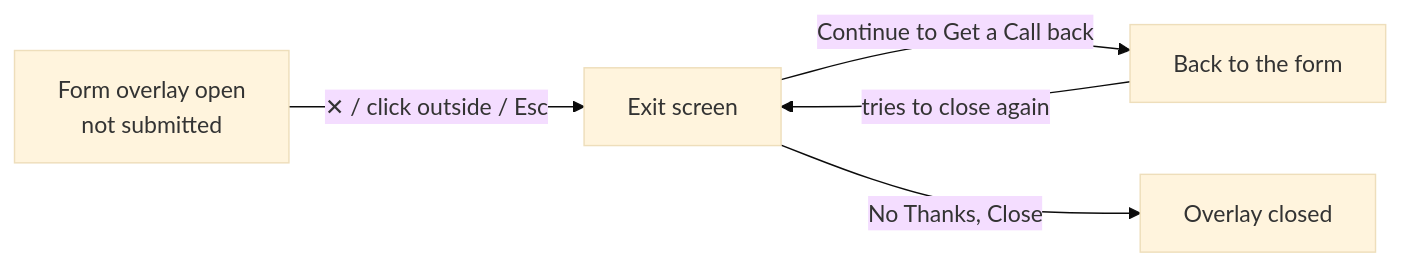
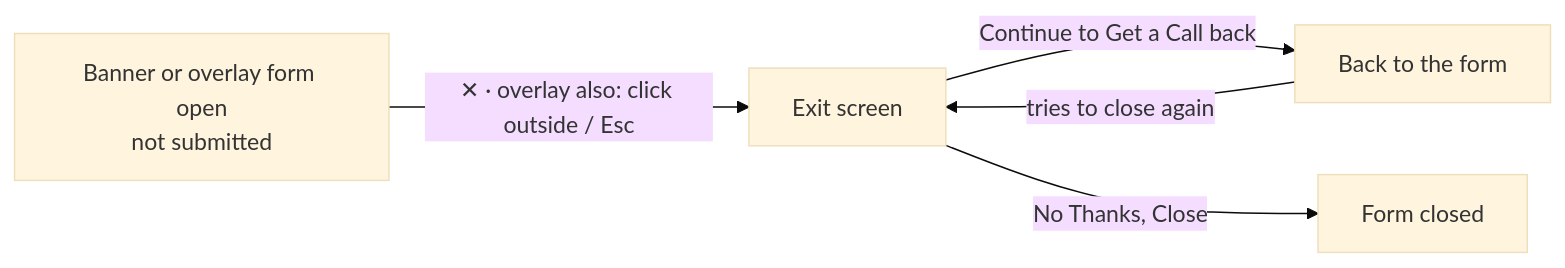
One commit to abhinavthak/dypatil-lead-form changed the third of 3 diagrams in docs/PRD.md. Above: the diagram before and after it, drawn with Mermaid (base theme). The commit also changed other lines of this file and 10 other files, not shown here.

First line of the commit message:
Close button on the banner form, with exit intent

````diff
--- a/docs/PRD.md
+++ b/docs/PRD.md
@@ -180,7 +184,7 @@
 ```mermaid
 flowchart LR
-    A[Form overlay open<br/>not submitted] -->|✕ / click outside / Esc| B[Exit screen]
+    A[Banner or overlay form open<br/>not submitted] -->|✕ · overlay also: click outside / Esc| B[Exit screen]
     B -->|Continue to Get a Call back| C[Back to the form]
     C -->|tries to close again| B
-    B -->|No Thanks, Close| D[Overlay closed]
+    B -->|No Thanks, Close| D[Form closed]
 ```
````
